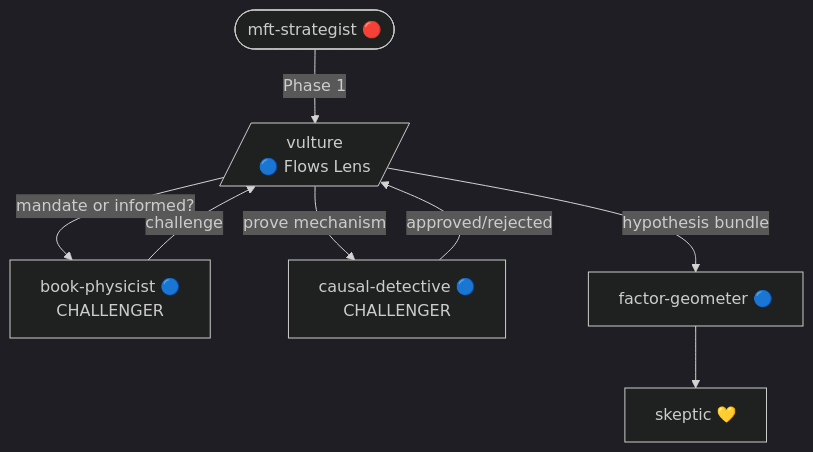
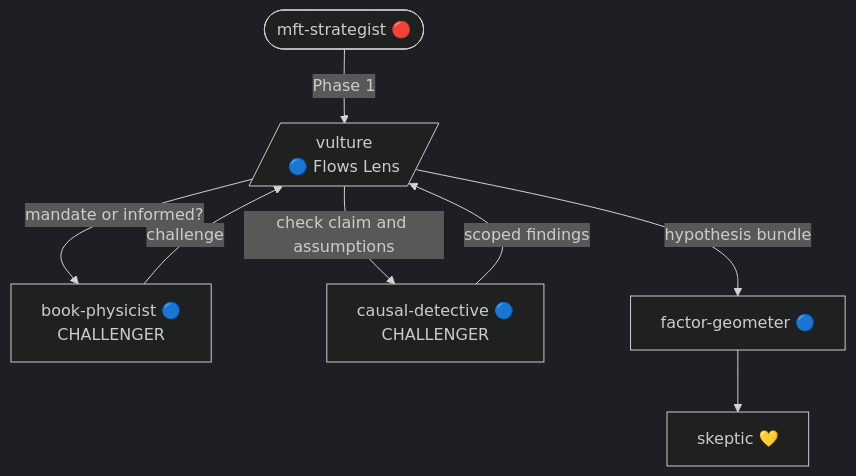
Before and after one commit to VladKochetov007/WunderFunder: the diagram in skills/alpha-squad/agents/vulture.md, drawn with Mermaid (dark theme). The commit also changed other lines of this file and 19 other files, not shown here.

````diff
--- a/skills/alpha-squad/agents/vulture.md
+++ b/skills/alpha-squad/agents/vulture.md
@@ -69,10 +74,10 @@
 ```mermaid
 flowchart TD
     strat([mft-strategist 🔴]) -->|"Phase 1"| vult[/"vulture<br/>🔵 Flows Lens"/]
     vult -->|"mandate or informed?"| bphys["book-physicist 🔵<br/>CHALLENGER"]
-    vult -->|"prove mechanism"| causal["causal-detective 🔵<br/>CHALLENGER"]
+    vult -->|"check claim and assumptions"| causal["causal-detective 🔵<br/>CHALLENGER"]
     bphys -->|"challenge"| vult
-    causal -->|"approved/rejected"| vult
+    causal -->|"scoped findings"| vult
     vult -->|"hypothesis bundle"| fgeom["factor-geometer 🔵"]
     fgeom --> skep["skeptic 💛"]
 ```
````
